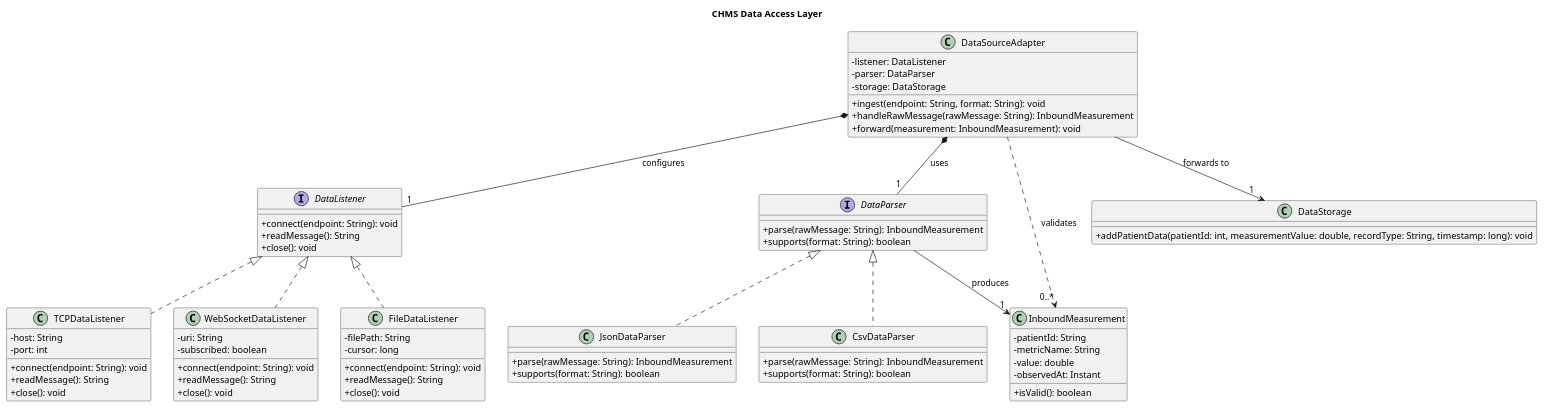
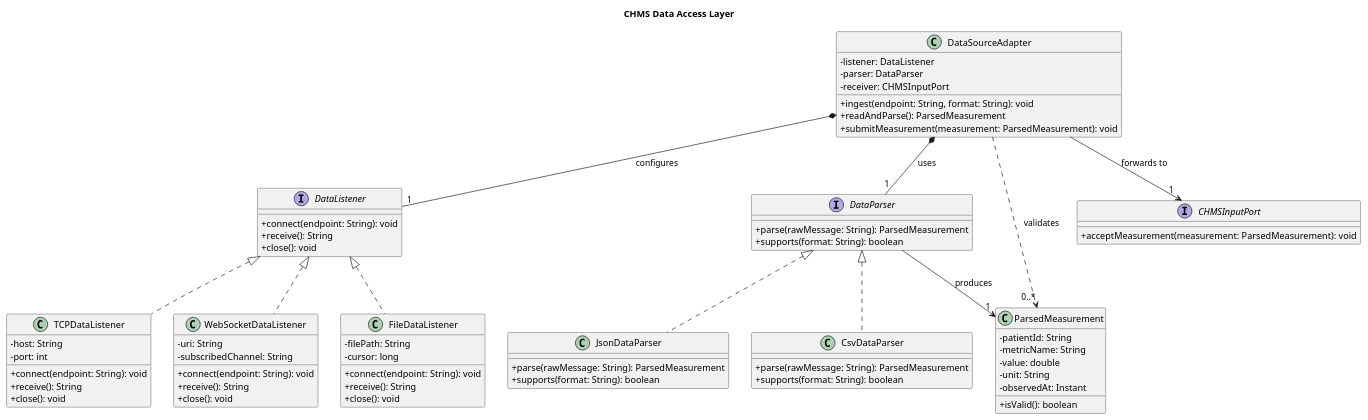
One commit to Matteo-RSV/Signal-Project-SE changed the diagram in uml_models/data_access_layer.puml. Above: the diagram before and after it, drawn with PlantUML. The commit also changed 1 other file, not shown here.

Commit message:
Add task 4 Data Access Layer UML and documentation

```diff
--- a/uml_models/data_access_layer.puml
+++ b/uml_models/data_access_layer.puml
@@ -1,82 +1,83 @@
 @startuml
 skinparam classAttributeIconSize 0
 title CHMS Data Access Layer
 
 interface DataListener {
   + connect(endpoint: String): void
-  + readMessage(): String
+  + receive(): String
   + close(): void
 }
 
 class TCPDataListener {
   - host: String
   - port: int
   + connect(endpoint: String): void
-  + readMessage(): String
+  + receive(): String
   + close(): void
 }
 
 class WebSocketDataListener {
   - uri: String
-  - subscribed: boolean
+  - subscribedChannel: String
   + connect(endpoint: String): void
-  + readMessage(): String
+  + receive(): String
   + close(): void
 }
 
 class FileDataListener {
   - filePath: String
   - cursor: long
   + connect(endpoint: String): void
-  + readMessage(): String
+  + receive(): String
   + close(): void
 }
 
 interface DataParser {
-  + parse(rawMessage: String): InboundMeasurement
+  + parse(rawMessage: String): ParsedMeasurement
   + supports(format: String): boolean
 }
 
 class JsonDataParser {
-  + parse(rawMessage: String): InboundMeasurement
+  + parse(rawMessage: String): ParsedMeasurement
   + supports(format: String): boolean
 }
 
 class CsvDataParser {
-  + parse(rawMessage: String): InboundMeasurement
+  + parse(rawMessage: String): ParsedMeasurement
   + supports(format: String): boolean
 }
 
 class DataSourceAdapter {
   - listener: DataListener
   - parser: DataParser
-  - storage: DataStorage
+  - receiver: CHMSInputPort
   + ingest(endpoint: String, format: String): void
-  + handleRawMessage(rawMessage: String): InboundMeasurement
-  + forward(measurement: InboundMeasurement): void
+  + readAndParse(): ParsedMeasurement
+  + submitMeasurement(measurement: ParsedMeasurement): void
 }
 
-class InboundMeasurement {
+class ParsedMeasurement {
   - patientId: String
   - metricName: String
   - value: double
+  - unit: String
   - observedAt: Instant
   + isValid(): boolean
 }
 
-class DataStorage {
-  + addPatientData(patientId: int, measurementValue: double, recordType: String, timestamp: long): void
+interface CHMSInputPort {
+  + acceptMeasurement(measurement: ParsedMeasurement): void
 }
 
 DataListener <|.. TCPDataListener
 DataListener <|.. WebSocketDataListener
 DataListener <|.. FileDataListener
 DataParser <|.. JsonDataParser
 DataParser <|.. CsvDataParser
 DataSourceAdapter *-- "1" DataListener : configures
 DataSourceAdapter *-- "1" DataParser : uses
-DataParser --> "1" InboundMeasurement : produces
-DataSourceAdapter --> "1" DataStorage : forwards to
-DataSourceAdapter ..> "0..*" InboundMeasurement : validates
+DataParser --> "1" ParsedMeasurement : produces
+DataSourceAdapter --> "1" CHMSInputPort : forwards to
+DataSourceAdapter ..> "0..*" ParsedMeasurement : validates
 
 @enduml
```
